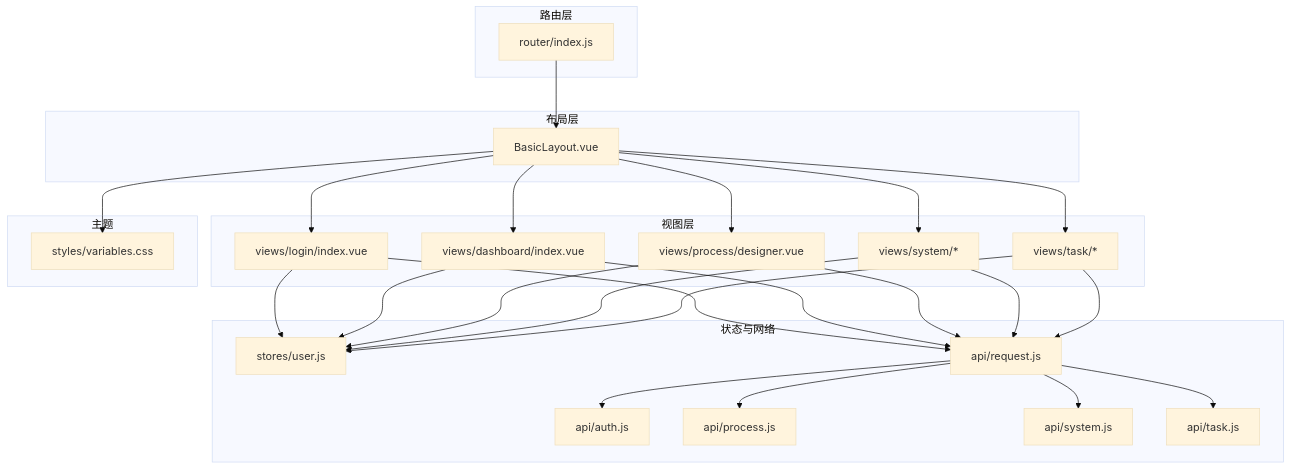
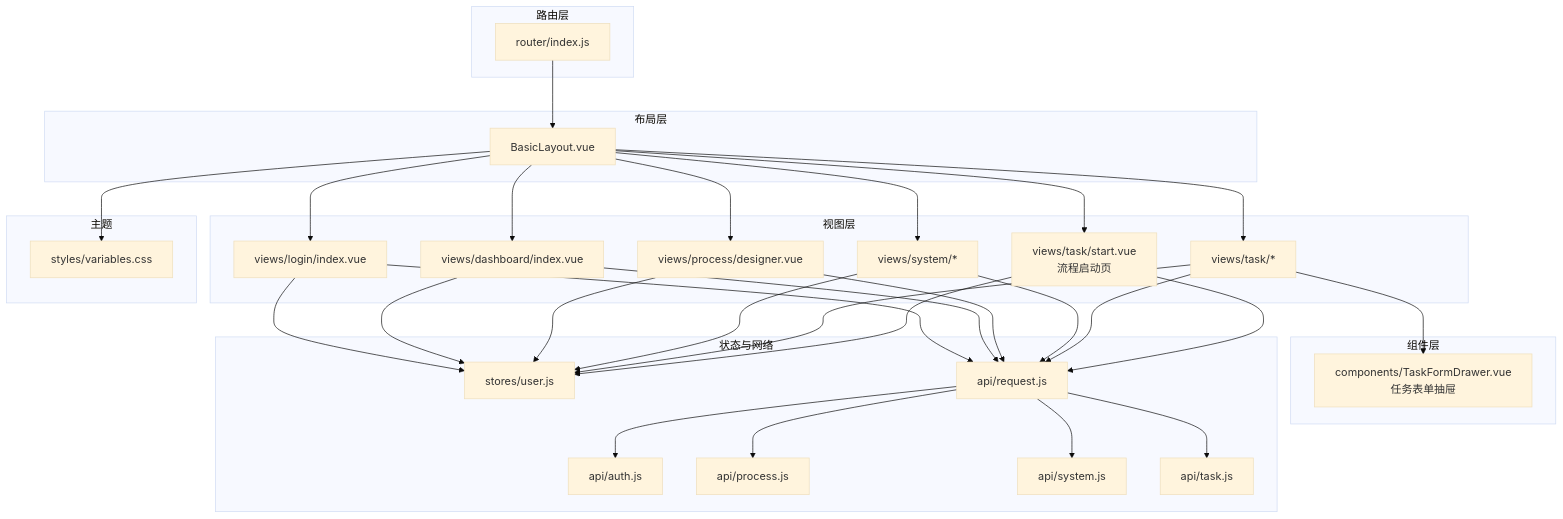
The second of 11 diagrams in .qoder/repowiki/zh/content/用户界面设计/用户界面设计.md (liming-lihaini/workflow), drawn with Mermaid (base theme) before and after one commit. The commit also changed other lines of this file and 57 other files, not shown here.

````diff
--- a/.qoder/repowiki/zh/content/用户界面设计/用户界面设计.md
+++ b/.qoder/repowiki/zh/content/用户界面设计/用户界面设计.md
@@ -133,48 +146,56 @@
 ```mermaid
 graph TB
 subgraph "布局层"
 L1["BasicLayout.vue"]
 end
 subgraph "路由层"
 R1["router/index.js"]
 end
 subgraph "视图层"
 V1["views/login/index.vue"]
 V2["views/dashboard/index.vue"]
 V3["views/process/designer.vue"]
 V4["views/system/*"]
 V5["views/task/*"]
+V5a["views/task/start.vue<br/>流程启动页"]
+end
+subgraph "组件层"
+C1["components/TaskFormDrawer.vue<br/>任务表单抽屉"]
 end
 subgraph "状态与网络"
 S1["stores/user.js"]
 N1["api/request.js"]
 N2["api/auth.js"]
 N3["api/process.js"]
 N4["api/system.js"]
 N5["api/task.js"]
 end
 subgraph "主题"
 T1["styles/variables.css"]
 end
 R1 --> L1
 L1 --> V1
 L1 --> V2
 L1 --> V3
 L1 --> V4
 L1 --> V5
+L1 --> V5a
+V5 --> C1
 V1 --> S1
 V2 --> S1
 V3 --> S1
 V4 --> S1
 V5 --> S1
+V5a --> S1
 V1 --> N1
 V2 --> N1
 V3 --> N1
 V4 --> N1
 V5 --> N1
+V5a --> N1
 N1 --> N2
 N1 --> N3
 N1 --> N4
 N1 --> N5
 L1 --> T1
 ```
````
